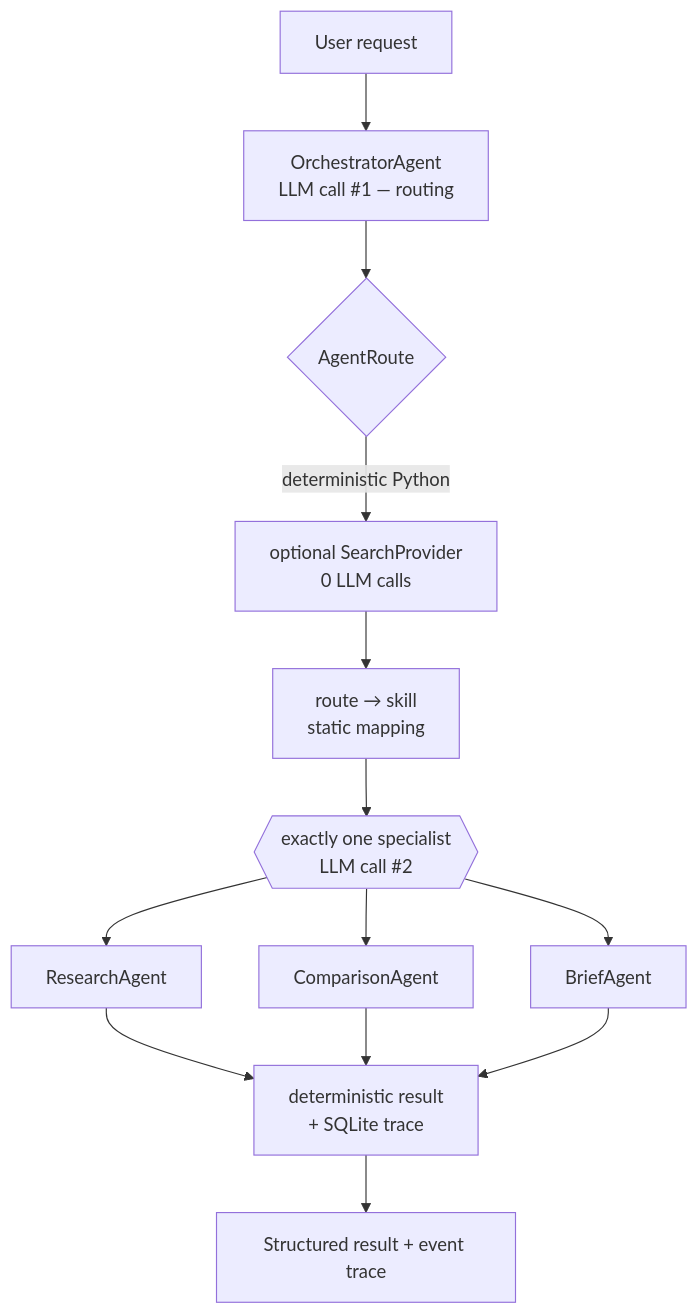
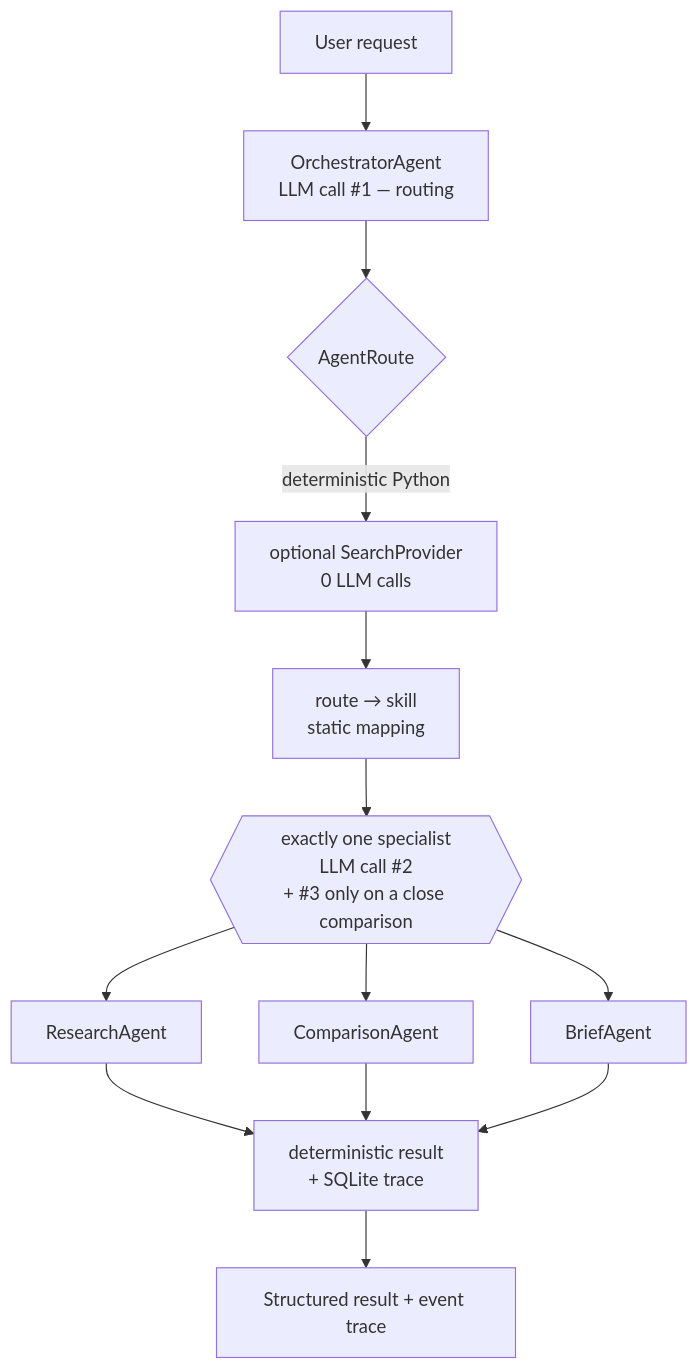
The diagram in README.md (RickyDas999/DecisionForge), drawn with Mermaid before and after one commit. The commit also changed other lines of this file and 3 other files, not shown here.

````diff
--- a/README.md
+++ b/README.md
@@ -13,15 +13,15 @@
 ```mermaid
 flowchart TD
     U[User request] --> O[OrchestratorAgent<br/>LLM call #1 — routing]
     O --> R{AgentRoute}
     R -->|deterministic Python| S[optional SearchProvider<br/>0 LLM calls]
     S --> K[route → skill<br/>static mapping]
-    K --> X{{exactly one specialist<br/>LLM call #2}}
+    K --> X{{exactly one specialist<br/>LLM call #2<br/>+ #3 only on a close comparison}}
     X --> RA[ResearchAgent]
     X --> CA[ComparisonAgent]
     X --> BA[BriefAgent]
     RA --> D[deterministic result<br/>+ SQLite trace]
     CA --> D
     BA --> D
     D --> Res[Structured result + event trace]
 ```
````
